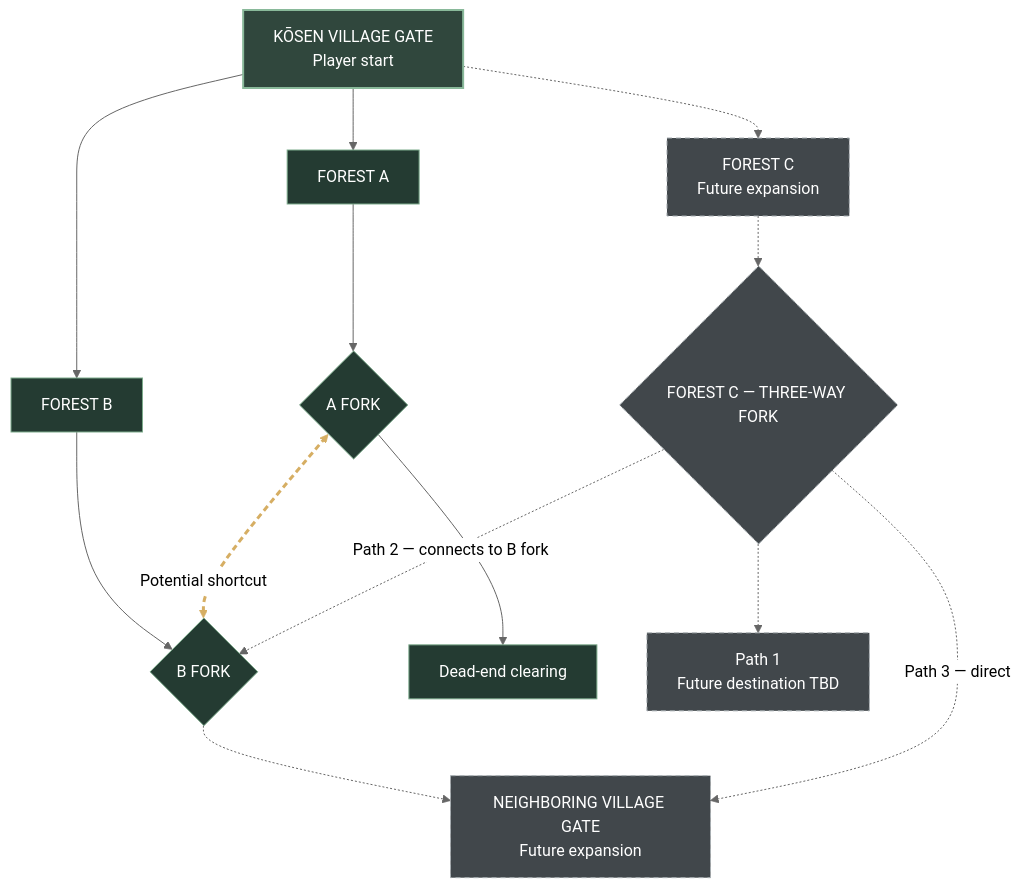
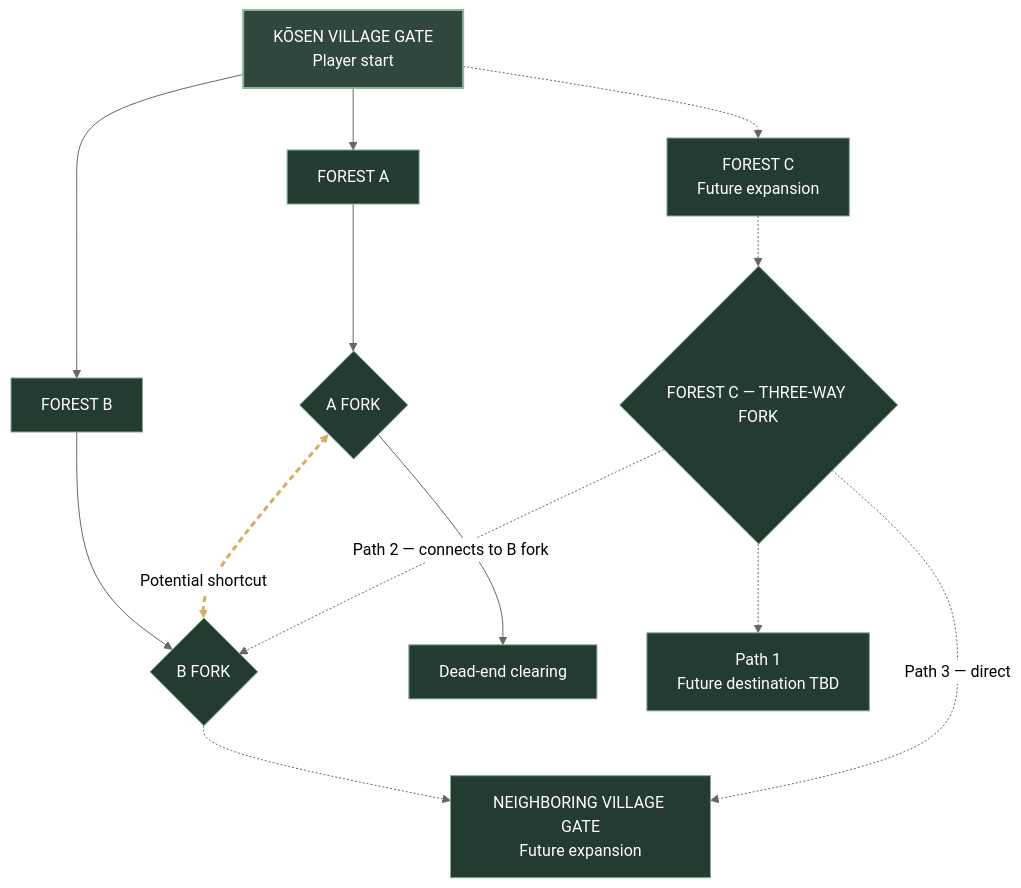
One commit to kiotdstudios/shinobi-rush changed the diagram in world/maps/FULL_WORLD_MAP.md. Above: the diagram before and after it, drawn with Mermaid (neutral theme). The commit also changed other lines of this file, not shown here.

Commit message:
Style Forest C and neighboring village nodes green consistently

````diff
--- a/world/maps/FULL_WORLD_MAP.md
+++ b/world/maps/FULL_WORLD_MAP.md
@@ -5,24 +5,23 @@
 ```mermaid
 flowchart TB
     G["KŌSEN VILLAGE GATE<br/>Player start"]
     G --> A["FOREST A"]
     G --> B["FOREST B"]
     G -.-> C["FOREST C<br/>Future expansion"]
     A --> AF{"A FORK"}
     B --> BF{"B FORK"}
     AF --> D["Dead-end clearing"]
     AF <-.->|"Potential shortcut"| BF
     BF -.-> N["NEIGHBORING VILLAGE GATE<br/>Future expansion"]
     C -.-> CF{"FOREST C — THREE-WAY FORK"}
     CF -.-> C1["Path 1<br/>Future destination TBD"]
     CF -.->|"Path 2 — connects to B fork"| BF
     CF -.->|"Path 3 — direct"| N
 
     classDef start fill:#30473d,color:#fff,stroke:#89b99a,stroke-width:2px;
     classDef mvp fill:#243b32,color:#fff,stroke:#7dab8c;
-    classDef future fill:#41474b,color:#fff,stroke:#a7aeb2,stroke-dasharray:5 4;
     class G start;
     class A,B,AF,BF,D mvp;
-    class C,CF,C1,N future;
+    class C,CF,C1,N mvp;
     linkStyle 6 stroke:#d6ae63,stroke-width:3px,stroke-dasharray:6 4;
 ```
````
